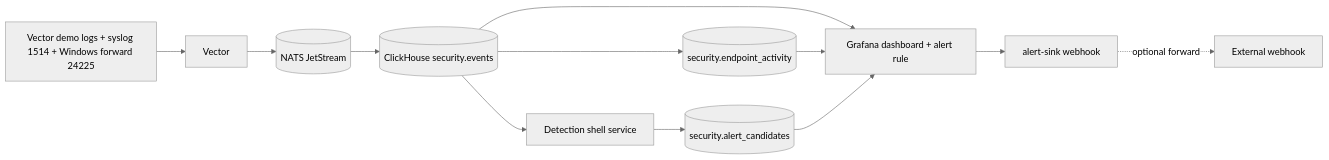
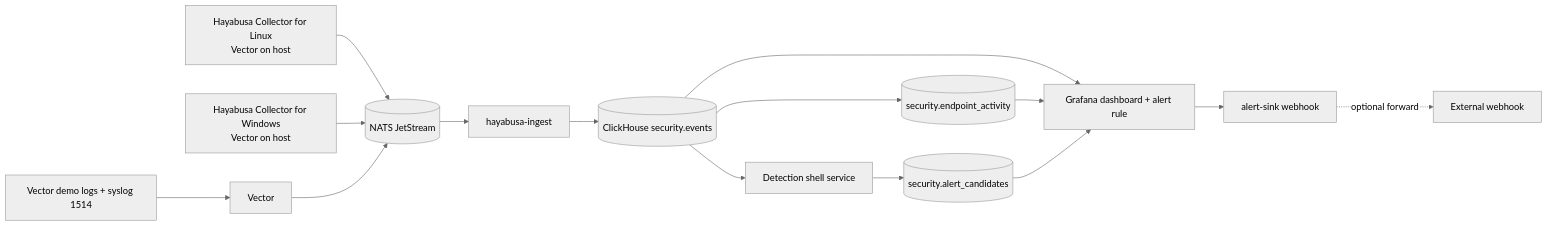
The diagram in docs/architecture.md (krazybean/Hayabusa), drawn with Mermaid (neutral theme) before and after one commit. The commit also changed other lines of this file and 8 other files, not shown here.

````diff
--- a/docs/architecture.md
+++ b/docs/architecture.md
@@ -11,14 +11,17 @@
 ```mermaid
 flowchart LR
-  Sources[Vector demo logs + syslog 1514 + Windows forward 24225] --> Vector[Vector]
+  Sources[Vector demo logs + syslog 1514] --> Vector[Vector]
+  LinuxCollector[Hayabusa Collector for Linux<br/>Vector on host] --> NATS[(NATS JetStream)]
+  WindowsCollector[Hayabusa Collector for Windows<br/>Vector on host] --> NATS[(NATS JetStream)]
   Vector --> NATS[(NATS JetStream)]
-  NATS --> ClickHouse[(ClickHouse security.events)]
+  NATS --> Ingest[hayabusa-ingest]
+  Ingest --> ClickHouse[(ClickHouse security.events)]
   ClickHouse --> EndpointActivity[(security.endpoint_activity)]
   ClickHouse --> Detection[Detection shell service]
   Detection --> Candidates[(security.alert_candidates)]
   ClickHouse --> Grafana[Grafana dashboard + alert rule]
   EndpointActivity --> Grafana
   Candidates --> Grafana
   Grafana --> Router[alert-sink webhook]
   Router -. optional forward .-> External[External webhook]
 ```
````
